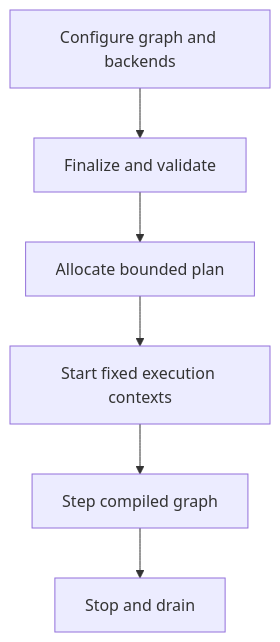
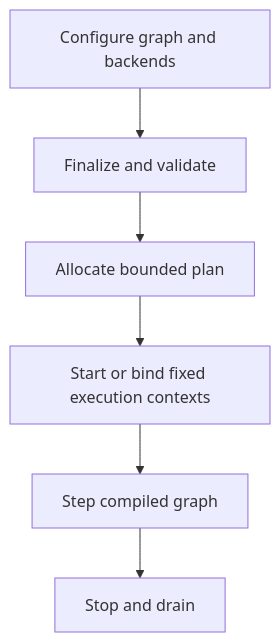
One commit to kpbianco/cpp-rt-car changed the diagram in docs/architecture.md. Above: the diagram before and after it, drawn with Mermaid. The commit also changed other lines of this file and 50 other files, not shown here.

````diff
--- a/docs/architecture.md
+++ b/docs/architecture.md
@@ -126,8 +136,8 @@
 ```mermaid
 flowchart TD
   A["Configure graph and backends"] --> B["Finalize and validate"]
   B --> C["Allocate bounded plan"]
-  C --> D["Start fixed execution contexts"]
+  C --> D["Start or bind fixed execution contexts"]
   D --> E["Step compiled graph"]
   E --> F["Stop and drain"]
 ```
````
